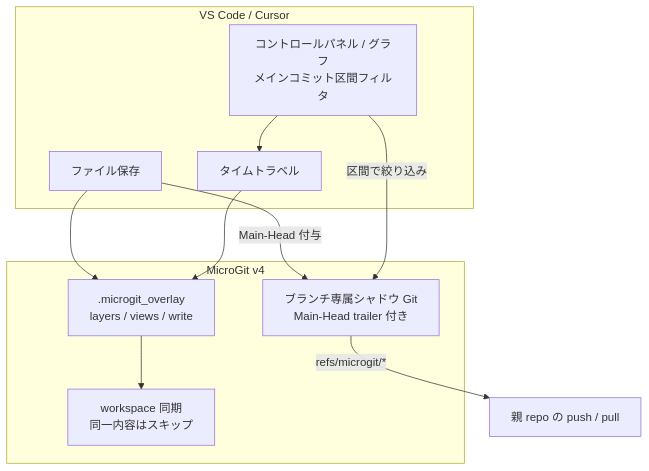
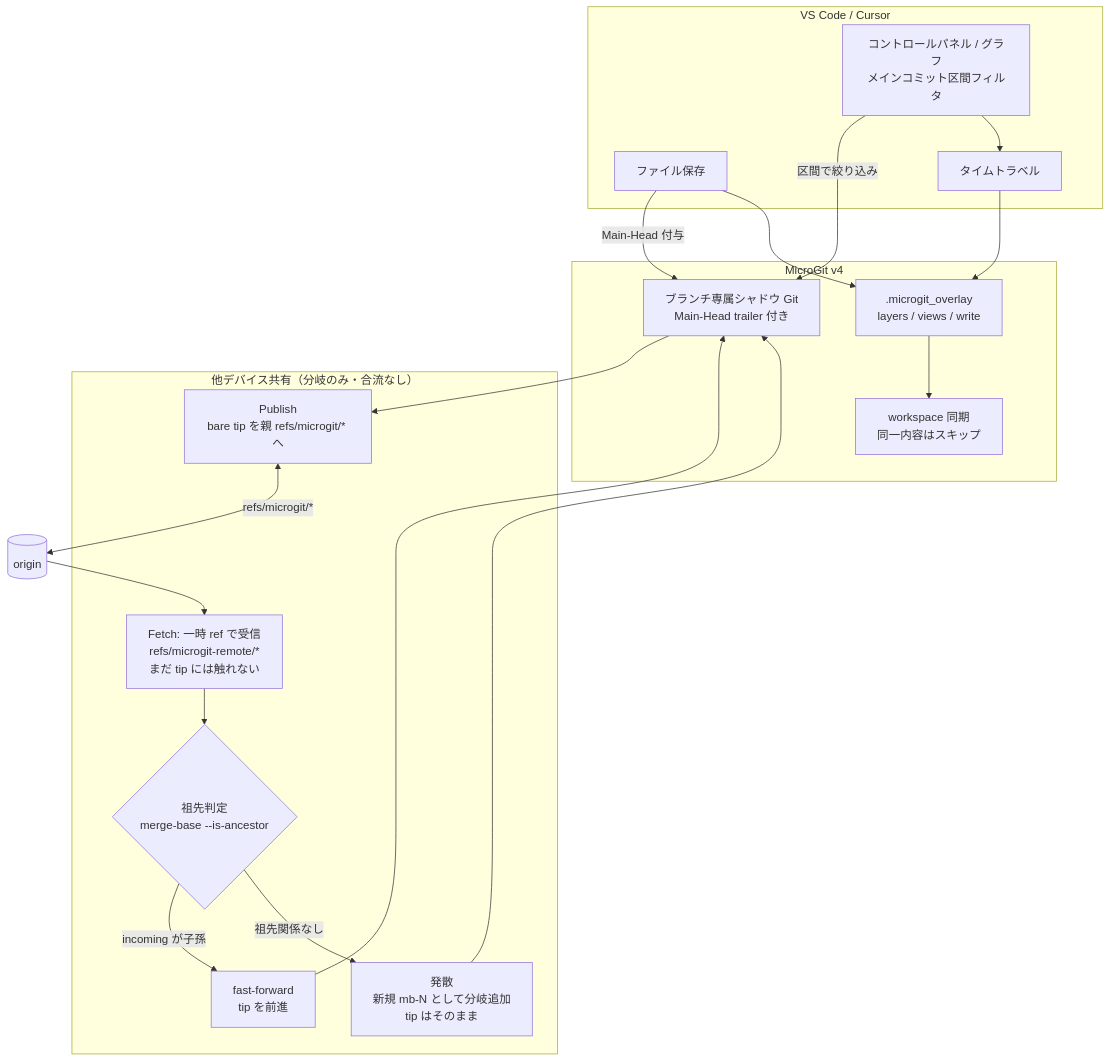
The second of 2 diagrams in articles/article-zenn-microgit-overlaygit.md (usudonsdev/microgit-test), drawn with Mermaid before and after one commit. The commit also changed other lines of this file and 4 other files, not shown here.

First line of the commit message:
fix(sync): Fetch/Publish の非破壊化。発散は分岐のみ・合流なし

````diff
--- a/articles/article-zenn-microgit-overlaygit.md
+++ b/articles/article-zenn-microgit-overlaygit.md
@@ -175,22 +175,37 @@
 ```mermaid
 flowchart TB
     subgraph Editor["VS Code / Cursor"]
         SAVE[ファイル保存]
         UI[コントロールパネル / グラフ<br/>メインコミット区間フィルタ]
         JUMP[タイムトラベル]
     end
 
     subgraph Micro["MicroGit v4"]
         SHADOW[ブランチ専属シャドウ Git<br/>Main-Head trailer 付き]
         OV[.microgit_overlay<br/>layers / views / write]
         SYNC[workspace 同期<br/>同一内容はスキップ]
     end
 
+    subgraph Share["他デバイス共有（分岐のみ・合流なし）"]
+        PUB[Publish<br/>bare tip を親 refs/microgit/* へ]
+        STAGE[Fetch: 一時 ref で受信<br/>refs/microgit-remote/*<br/>まだ tip には触れない]
+        CHECK{祖先判定<br/>merge-base --is-ancestor}
+        ADV[fast-forward<br/>tip を前進]
+        FORK[発散<br/>新規 mb-N として分岐追加<br/>tip はそのまま]
+    end
+
     SAVE -->|Main-Head 付与| SHADOW
     SAVE --> OV
     UI -->|区間で絞り込み| SHADOW
     JUMP --> OV
     OV --> SYNC
     UI --> JUMP
-    SHADOW -->|refs/microgit/*| REMOTE[親 repo の push / pull]
+    SHADOW --> PUB
+    PUB <-->|refs/microgit/*| REMOTE[(origin)]
+    REMOTE --> STAGE
+    STAGE --> CHECK
+    CHECK -->|incoming が子孫| ADV
+    CHECK -->|祖先関係なし| FORK
+    ADV --> SHADOW
+    FORK --> SHADOW
 ```
````
